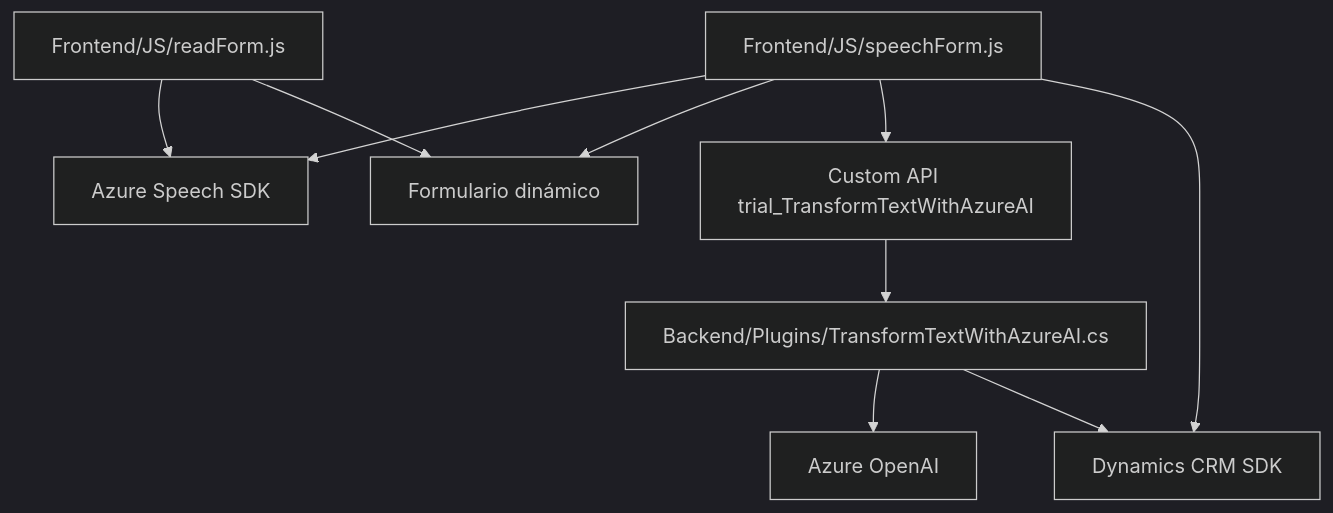
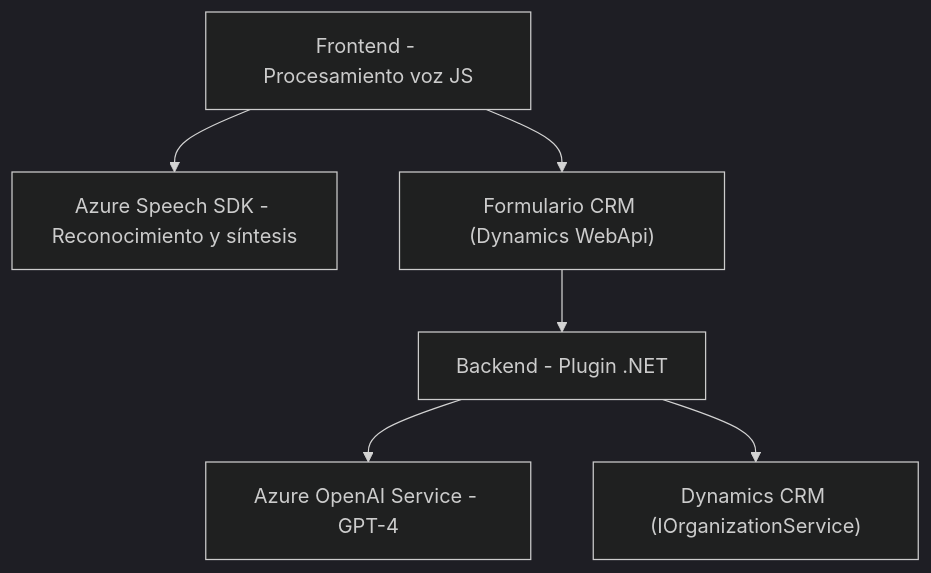
One commit to blopezdm/NETCORE_BILBAO2025 changed the diagram in README.md. Above: the diagram before and after it, drawn with Mermaid (dark theme). The commit also changed other lines of this file, not shown here.

````diff
--- a/README.md
+++ b/README.md
@@ -25,21 +53,8 @@
 ```mermaid
 graph TD
-    A["Frontend/JS/readForm.js"]
-    B["Frontend/JS/speechForm.js"]
-    C["Backend/Plugins/TransformTextWithAzureAI.cs"]
-    D["Azure Speech SDK"]
-    E["Dynamics CRM SDK"]
-    F["Azure OpenAI"]
-    G["Formulario dinámico"]
-    H["Custom API trial_TransformTextWithAzureAI"]
-
-    A --> D
-    A --> G
-    B --> D
-    B --> G
-    B --> H
-    B --> E
-    C --> F
-    C --> E
-    H --> C
+    A["Frontend - Procesamiento voz JS"] --> B["Azure Speech SDK - Reconocimiento y síntesis"]
+    A --> C["Formulario CRM (Dynamics WebApi)"]
+    C --> D["Backend - Plugin .NET"]
+    D --> E["Azure OpenAI Service - GPT-4"]
+    D --> F["Dynamics CRM (IOrganizationService)"]
 ```
````
